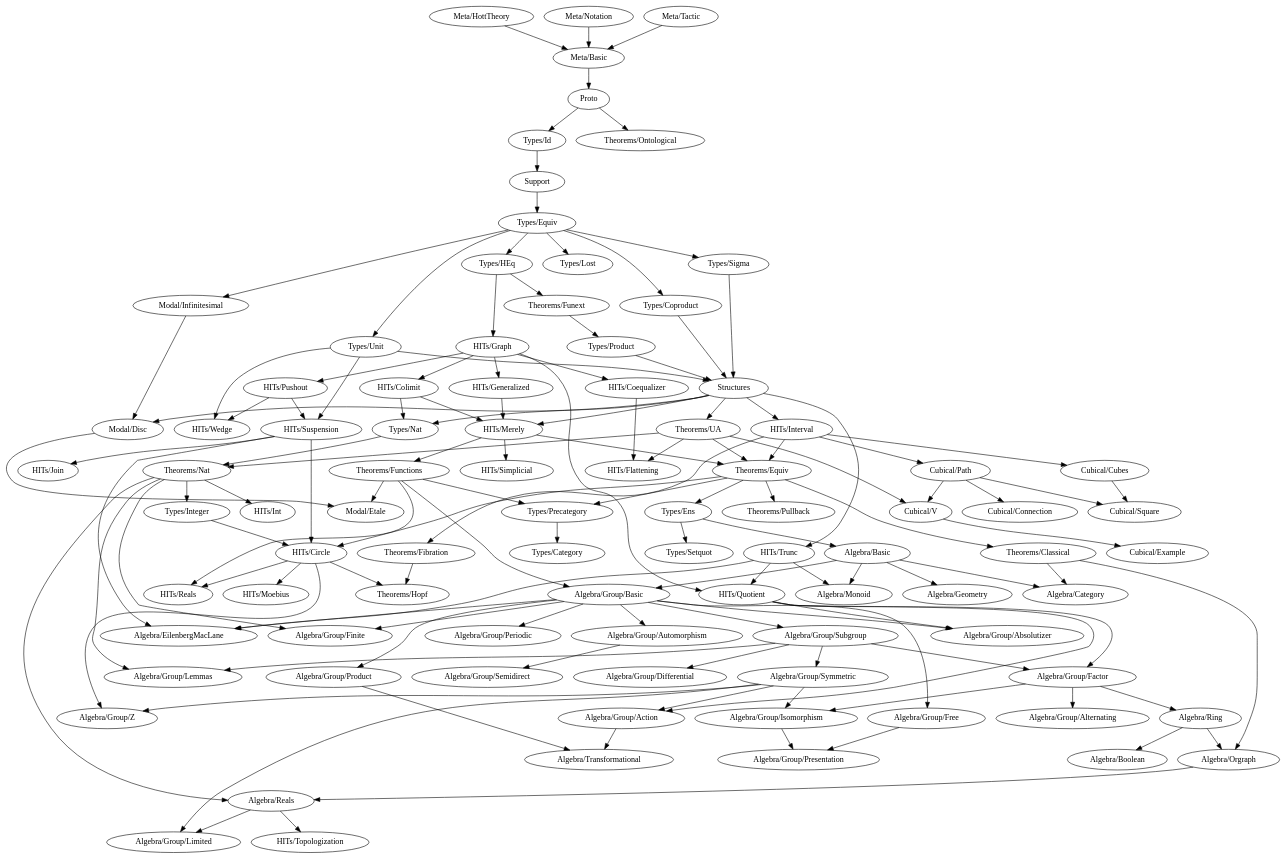
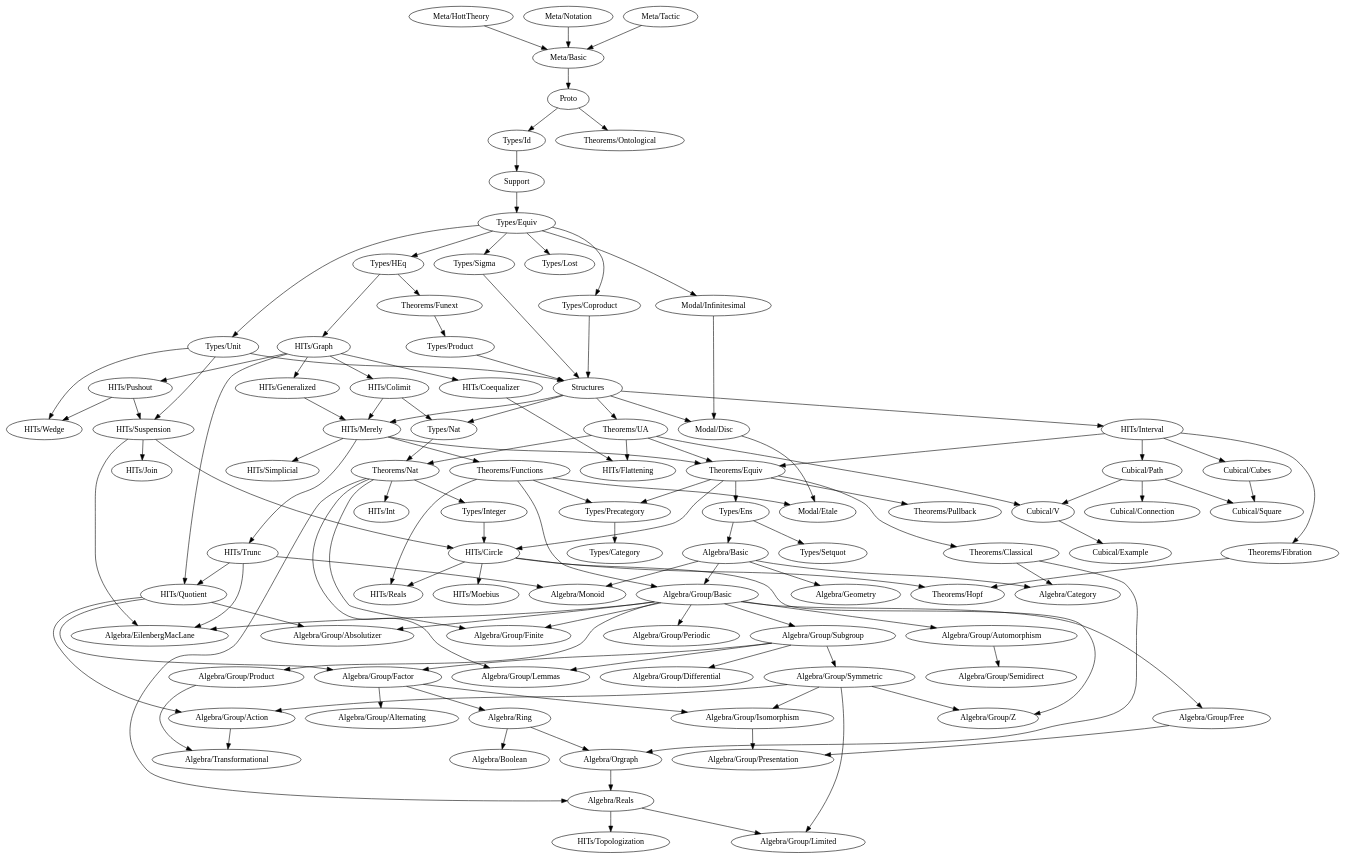
One commit to forked-from-1kasper/ground_zero changed the diagram in dependency-map.gv. Above: the diagram before and after it, drawn with Graphviz. The commit also changed 26 other files, not shown here.

```diff
--- a/dependency-map.gv
+++ b/dependency-map.gv
@@ -4,7 +4,6 @@
   Structures -> {
     "HITs/Interval",
     "HITs/Merely",
-    "HITs/Trunc",
     "Types/Nat",
     "Modal/Disc",
     "Theorems/UA"
@@ -127,6 +126,7 @@
     "HITs/Merely" -> {
       "Theorems/Equiv",
       "HITs/Simplicial",
+      "HITs/Trunc",
       "Theorems/Functions"
     }
     "HITs/Moebius"
```
